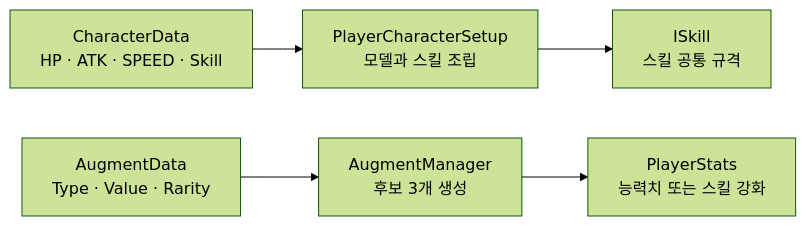
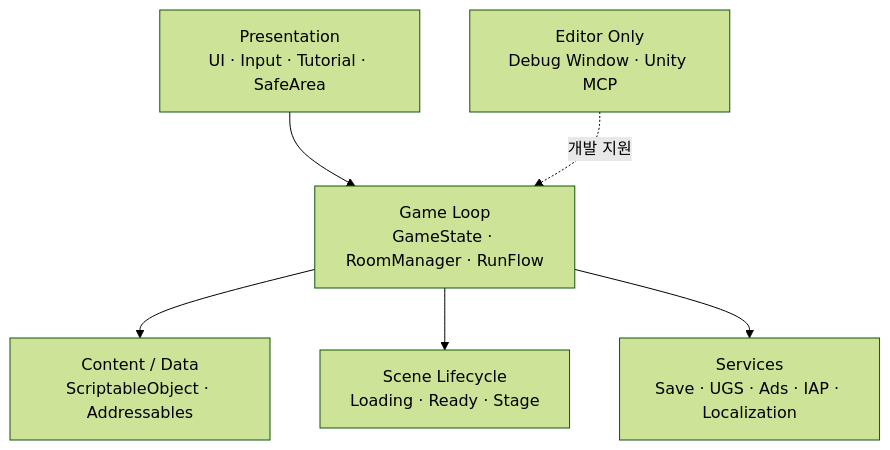
Before and after one commit to oppa073-hub/Animal-Ball-Fighter-Portfolio: the third of 11 diagrams in README.md, drawn with Mermaid (forest theme). The commit also changed other lines of this file and 782 other files, not shown here.

````diff
--- a/README.md
+++ b/README.md
@@ -94,8 +185,8 @@
 ```mermaid
-flowchart LR
-    A[CharacterData<br/>HP · ATK · SPEED · Skill] --> B[PlayerCharacterSetup<br/>모델과 스킬 조립]
-    B --> C[ISkill<br/>스킬 공통 규격]
-
-    D[AugmentData<br/>Type · Value · Rarity] --> E[AugmentManager<br/>후보 3개 생성]
-    E --> F[PlayerStats<br/>능력치 또는 스킬 강화]
+flowchart TB
+    A[Presentation<br/>UI · Input · Tutorial · SafeArea] --> B[Game Loop<br/>GameState · RoomManager · RunFlow]
+    B --> C[Content / Data<br/>ScriptableObject · Addressables]
+    B --> D[Scene Lifecycle<br/>Loading · Ready · Stage]
+    B --> E[Services<br/>Save · UGS · Ads · IAP · Localization]
+    F[Editor Only<br/>Debug Window · Unity MCP] -. 개발 지원 .-> B
 ```
````
